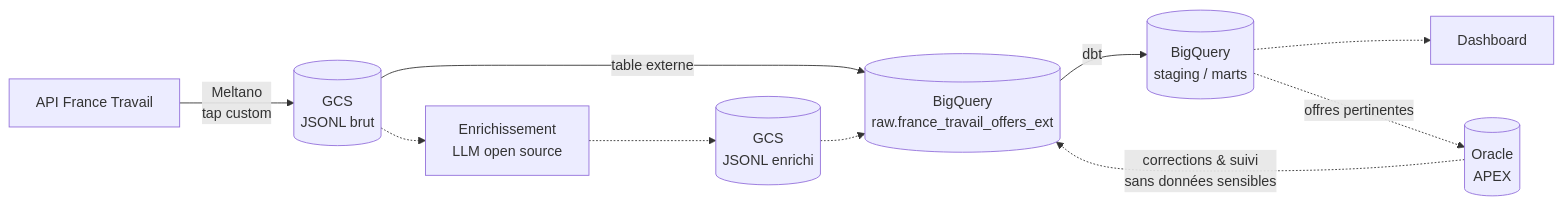
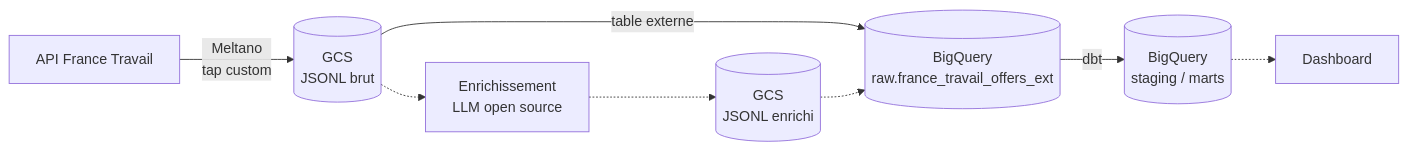
Before and after one commit to NFleurentin/jobboard: the diagram in README.md, drawn with Mermaid. The commit also changed other lines of this file and 4 other files, not shown here.

````diff
--- a/README.md
+++ b/README.md
@@ -28,12 +23,10 @@
 ```mermaid
 flowchart LR
     API[API France Travail] -->|Meltano<br/>tap custom| RAW[(GCS<br/>JSONL brut)]
     RAW -.-> LLM[Enrichissement<br/>LLM open source]
     LLM -.-> ENR[(GCS<br/>JSONL enrichi)]
     RAW -->|table externe| BQ[(BigQuery<br/>raw.france_travail_offers_ext)]
     ENR -.-> BQ
     BQ -->|dbt| MARTS[(BigQuery<br/>staging / marts)]
     MARTS -.-> DASH[Dashboard]
-    MARTS -.->|offres pertinentes| ORA[(Oracle<br/>APEX)]
-    ORA -.->|corrections & suivi<br/>sans données sensibles| BQ
 ```
````
